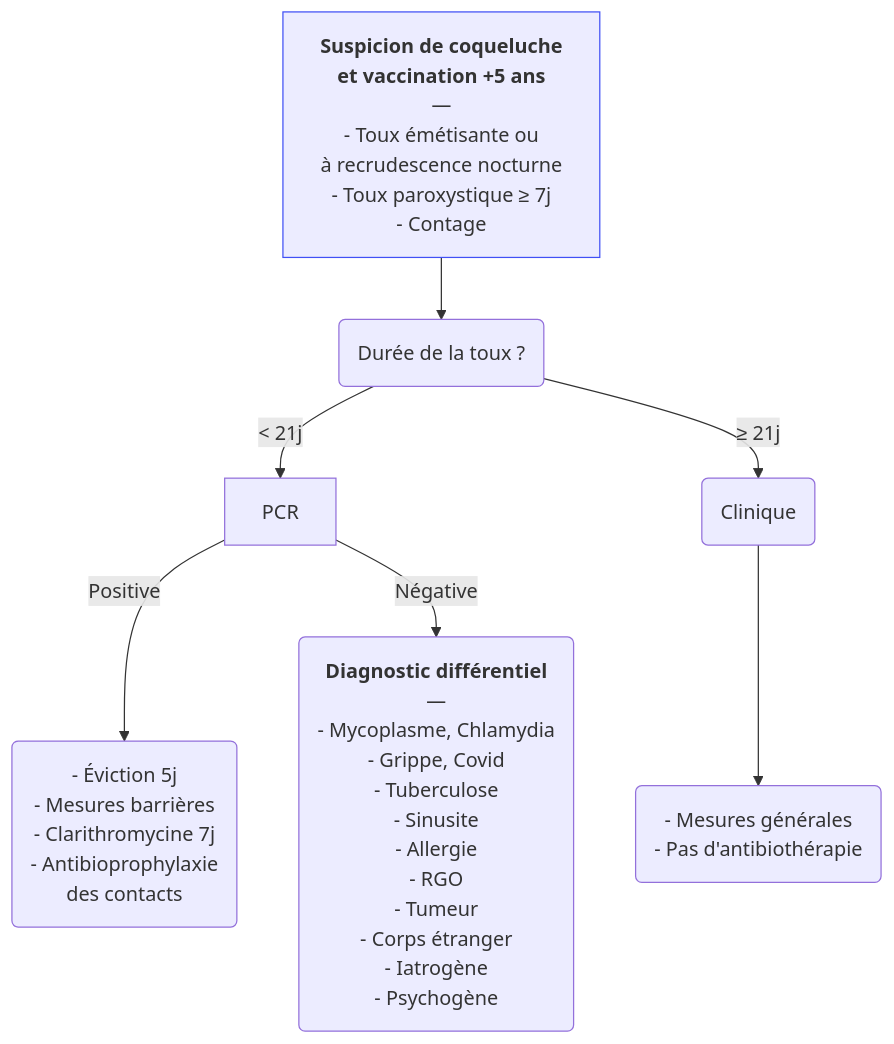
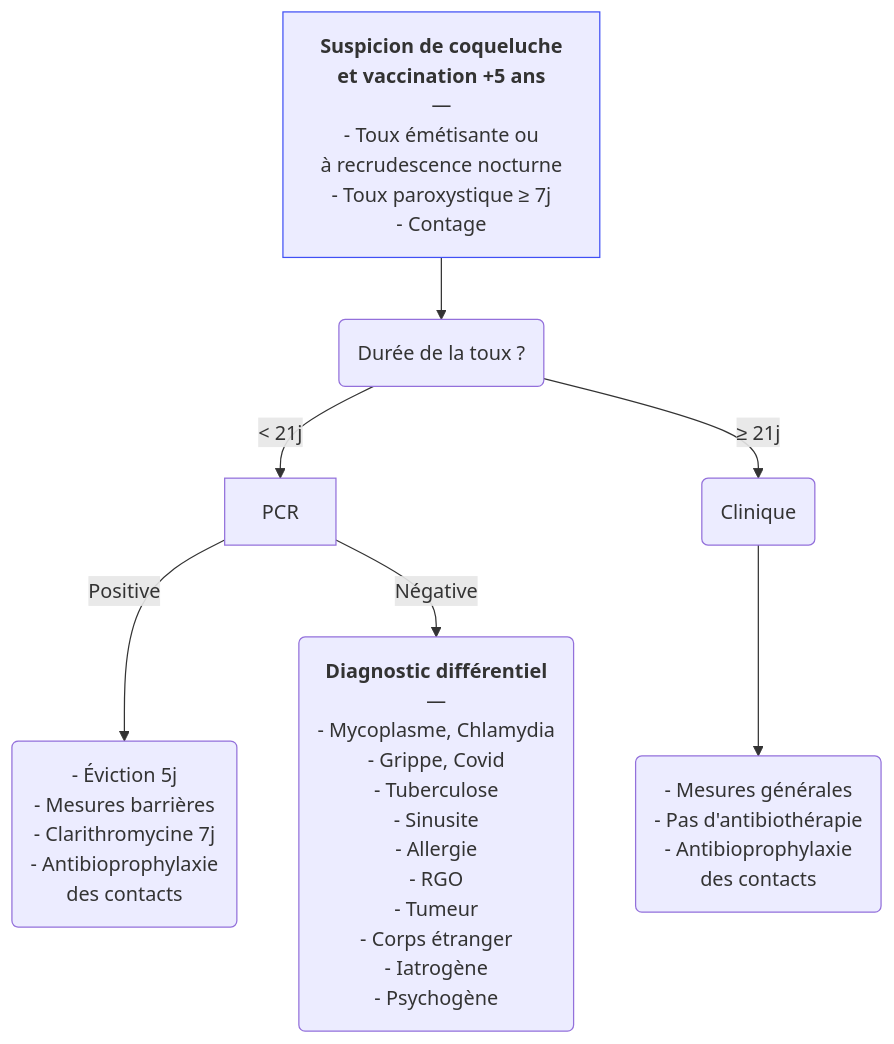
One commit to djibe/recommandations-medicales changed the diagram in content/recommandations/coqueluche.md. Above: the diagram before and after it, drawn with Mermaid. The commit also changed 14 other files, not shown here.

```diff
--- a/content/recommandations/coqueluche.md
+++ b/content/recommandations/coqueluche.md
@@ -252,8 +252,8 @@
 {{< mermaid title="Prise en charge d'un cas de coqueluche à partir de l'enfance. Dr JB Fron d'après HAS/SPILF/GPIP 2024" >}}
 graph TB
   suspicion["<b>Suspicion de coqueluche<br>et vaccination +5 ans</b><br>—<br>- Toux émétisante ou<br> à recrudescence nocturne<br>- Toux paroxystique ≥ 7j<br>- Contage"] --> durée(Durée de la toux ?)
-    durée -- "&lt; 21j" --> PCR -- Positive --> traitement("- Éviction 5j<br>- Mesures barrières<br>- Clarithromycine 7j<br>- Antibioprophylaxie<br> des contacts")
+    durée -- "&lt; 21j" --> PCR -- Positive --> traitement("- Éviction 5j<br>- Mesures barrières<br>- Clarithromycine 7j<br>- Antibioprophylaxie<br>des contacts")
       PCR -- Négative --> différentiel("<b>Diagnostic différentiel</b><br>—<br>- Mycoplasme, Chlamydia<br>- Grippe, Covid<br>- Tuberculose<br>- Sinusite<br>- Allergie<br>- RGO<br>- Tumeur<br>- Corps étranger<br>- Iatrogène<br>- Psychogène")
-    durée -- &ge; 21j --> clinique(Clinique) --> abstention("- Mesures générales<br>- Pas d'antibiothérapie")
+    durée -- &ge; 21j --> clinique(Clinique) --> abstention("- Mesures générales<br>- Pas d'antibiothérapie<br>- Antibioprophylaxie<br>des contacts")
   style suspicion stroke:#4150f5, stroke-width:1px
 {{< /mermaid >}}
```
